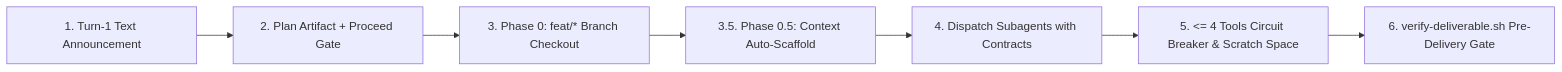
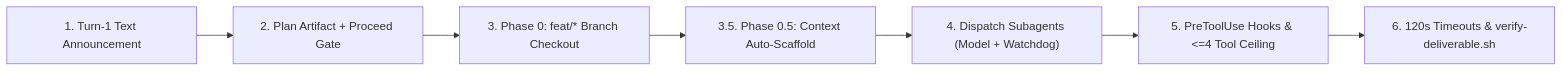
One commit to Iminluv/My-agent-workflow-playbook changed the diagram in README.md. Above: the diagram before and after it, drawn with Mermaid. The commit also changed other lines of this file and 22 other files, not shown here.

Commit message:
feat(resilience): fix circuit-breaker batch bug, enforce timeouts/retries/watchdogs, and sync hooks/scripts

````diff
--- a/README.md
+++ b/README.md
@@ -144,9 +153,9 @@
 ```mermaid
 flowchart LR
     Step1["1. Turn-1 Text Announcement"] --> Step2["2. Plan Artifact + Proceed Gate"]
     Step2 --> Step3["3. Phase 0: feat/* Branch Checkout"]
     Step3 --> Step35["3.5. Phase 0.5: Context Auto-Scaffold"]
-    Step35 --> Step4["4. Dispatch Subagents with Contracts"]
-    Step4 --> Step5["5. <= 4 Tools Circuit Breaker & Scratch Space"]
-    Step5 --> Step6["6. verify-deliverable.sh Pre-Delivery Gate"]
+    Step35 --> Step4["4. Dispatch Subagents (Model + Watchdog)"]
+    Step4 --> Step5["5. PreToolUse Hooks & <=4 Tool Ceiling"]
+    Step5 --> Step6["6. 120s Timeouts & verify-deliverable.sh"]
 ```
````
